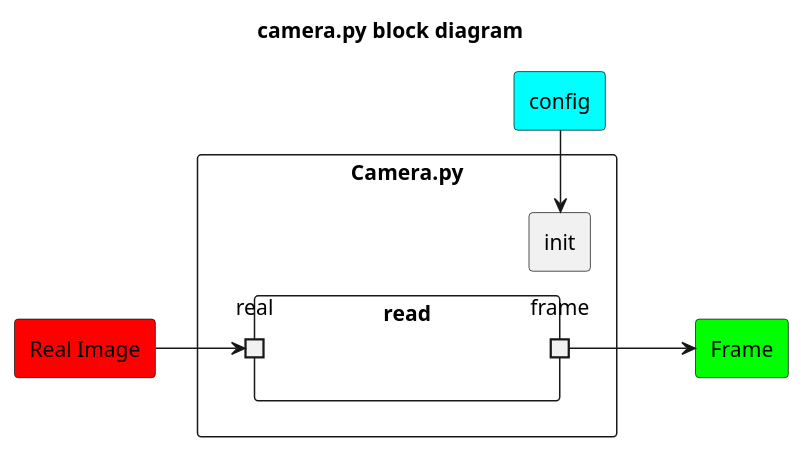
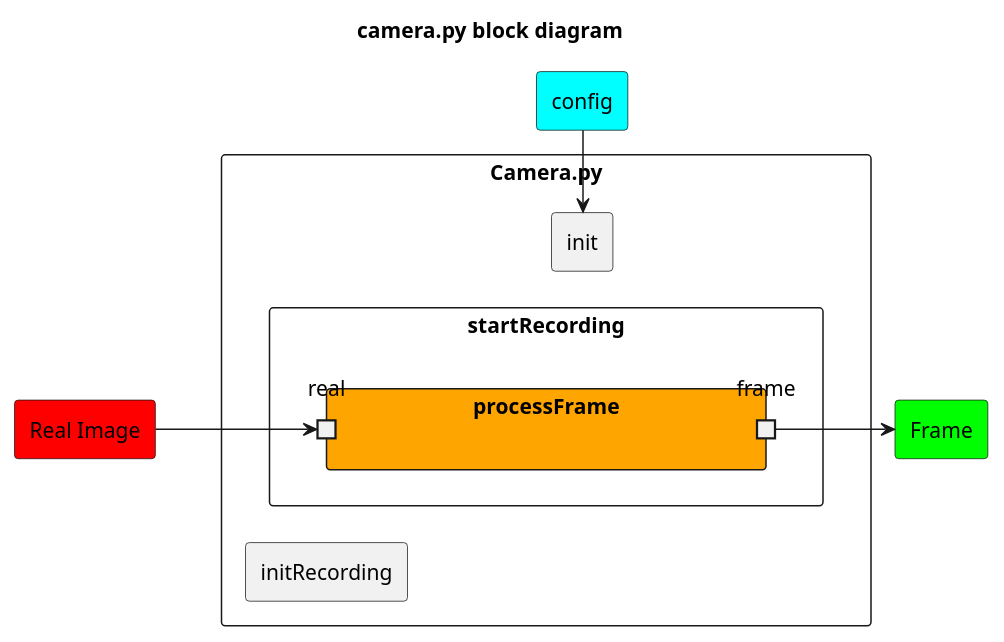
One commit to astronandez/model_based_parameter_estimation changed the diagram in computer_vision/diagrams/camera.wsd. Above: the diagram before and after it, drawn with PlantUML. The commit also changed 13 other files, not shown here.

```diff
--- a/computer_vision/diagrams/camera.wsd
+++ b/computer_vision/diagrams/camera.wsd
@@ -1,25 +1,28 @@
 @startuml camera
 left to right direction
 skinparam BackgroundColor transparent
 skinparam componentStyle rectangle
 skinparam linetype ortho
 
 title camera.py block diagram
 component "Real Image" as in #red
 component "Frame" as out  #lime
 component "config" as config #aqua
 
 component "Camera.py" as camera {
     component "init" as init
-    component "read" as read {
-        portin "real" as p1
-        portout "frame" as p2
+    component "initRecording" as initRec
+    component "startRecording" as read {
+        component "processFrame" as proc #Orange {
+            portin "real" as p1
+            portout "frame" as p2
+        }
     }
 
     config -l-> init
     init -u[hidden]- read
 
 }
 in --> p1
 p2 --> out
 @enduml
```
